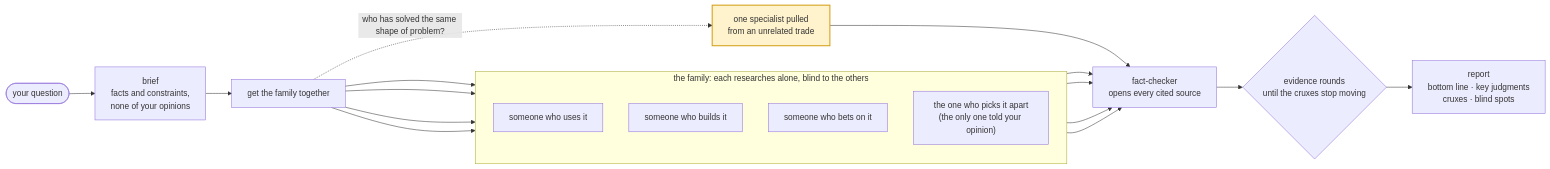
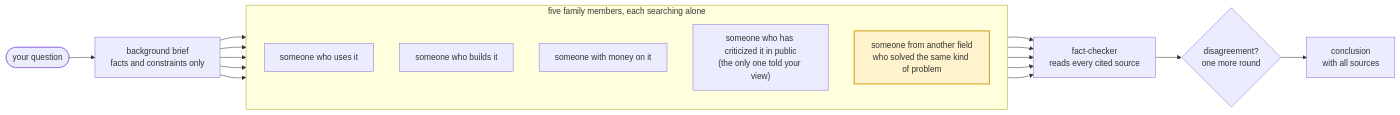
Before and after one commit to xhyumiracle/family-skill: the diagram in README.md, drawn with Mermaid. The commit also changed other lines of this file and 5 other files, not shown here.

````diff
--- a/README.md
+++ b/README.md
@@ -92,19 +72,17 @@
 ```mermaid
 flowchart LR
-  Q([your question]) --> B["brief<br/>facts and constraints,<br/>none of your opinions"]
-  B --> C["get the family together"]
-  subgraph crew ["the family: each researches alone, blind to the others"]
+  Q([your question]) --> B["background brief<br/>facts and constraints only"]
+  subgraph crew ["five family members, each searching alone"]
     direction TB
     S1["someone who uses it"]
     S2["someone who builds it"]
-    S3["someone who bets on it"]
-    S4["the one who picks it apart<br/>(the only one told your opinion)"]
+    S3["someone with money on it"]
+    S4["someone who has criticized it in public<br/>(the only one told your view)"]
+    O["someone from another field<br/>who solved the same kind of problem"]:::far
   end
-  O["one specialist pulled<br/>from an unrelated trade"]:::far
-  C --> S1 & S2 & S3 & S4
-  C -. "who has solved the same shape of problem?" .-> O
-  S1 & S2 & S3 & S4 & O --> V["fact-checker<br/>opens every cited source"]
-  V --> E{"evidence rounds<br/>until the cruxes stop moving"}
-  E --> R["report<br/>bottom line · key judgments<br/>cruxes · blind spots"]
+  B --> S1 & S2 & S3 & S4 & O
+  S1 & S2 & S3 & S4 & O --> V["fact-checker<br/>reads every cited source"]
+  V --> E{"disagreement?<br/>one more round"}
+  E --> R["conclusion<br/>with all sources"]
   classDef far fill:#fff3cd,stroke:#d4a017,stroke-width:2px
 ```
````
